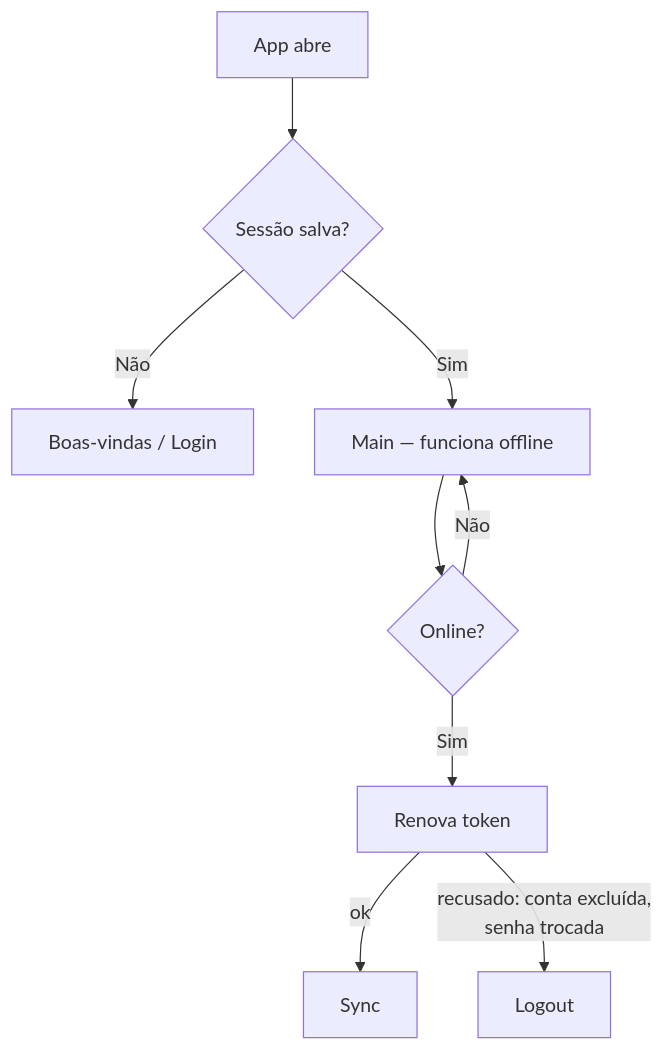
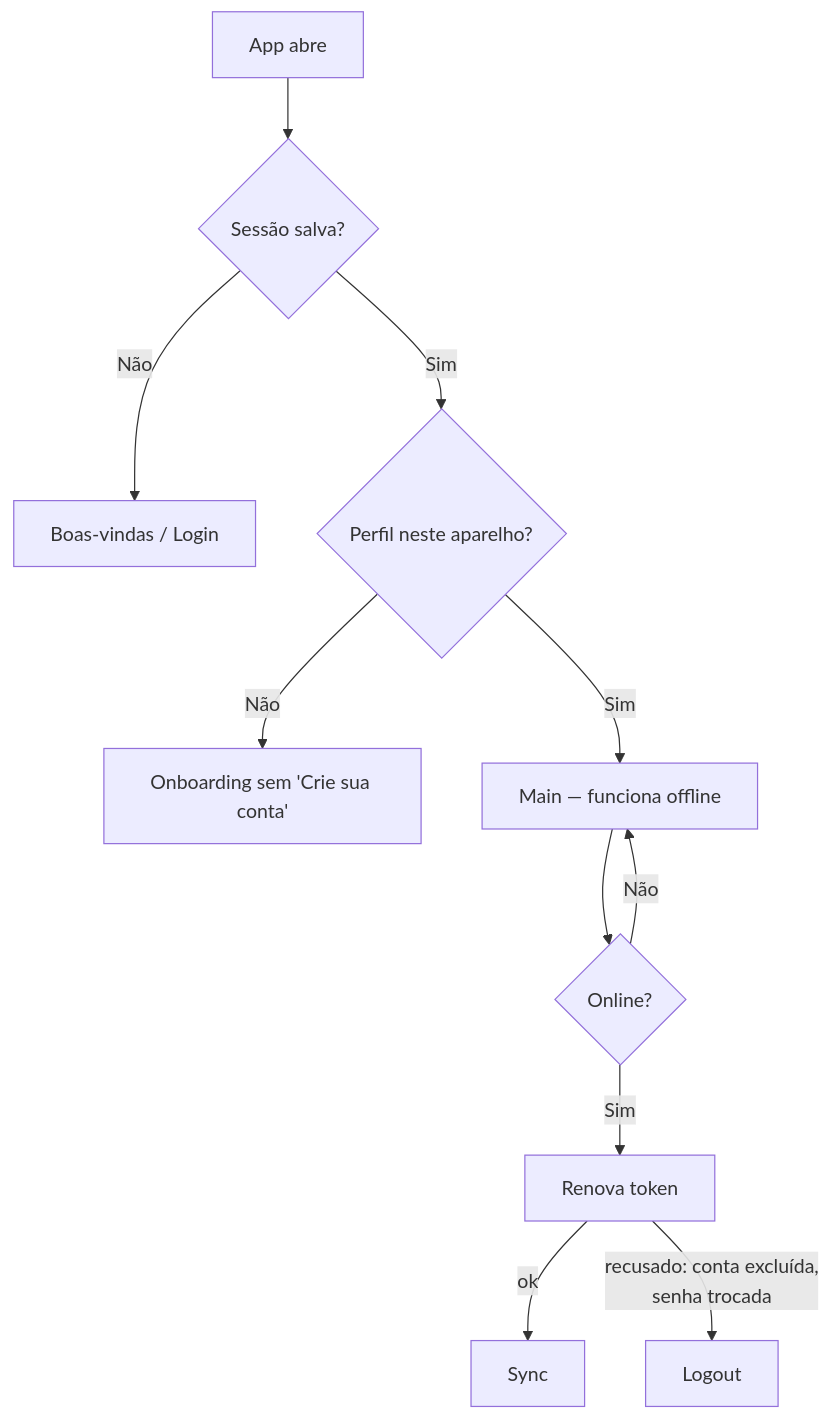
Before and after one commit to Gabrielvsiqueira/Oz_food_diary: the third of 4 diagrams in docs/arquitetura.md, drawn with Mermaid. The commit also changed other lines of this file and 2 other files, not shown here.

Commit message:
docs: document authentication flow and Supabase/Google setup

````diff
--- a/docs/arquitetura.md
+++ b/docs/arquitetura.md
@@ -336,11 +336,13 @@
 ```mermaid
 flowchart TD
     Open[App abre] --> Has{Sessão salva?}
     Has -->|Não| Welcome[Boas-vindas / Login]
-    Has -->|Sim| Main[Main — funciona offline]
+    Has -->|Sim| Profile{Perfil neste aparelho?}
+    Profile -->|Não| Onboarding[Onboarding sem 'Crie sua conta']
+    Profile -->|Sim| Main[Main — funciona offline]
     Main --> Online{Online?}
     Online -->|Sim| Refresh[Renova token]
     Refresh -->|ok| Sync[Sync]
     Refresh -->|recusado: conta excluída,<br/>senha trocada| Logout
     Online -->|Não| Main
 ```
````
